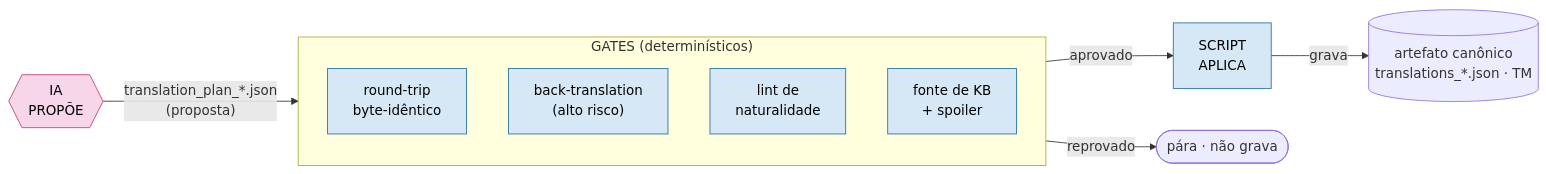
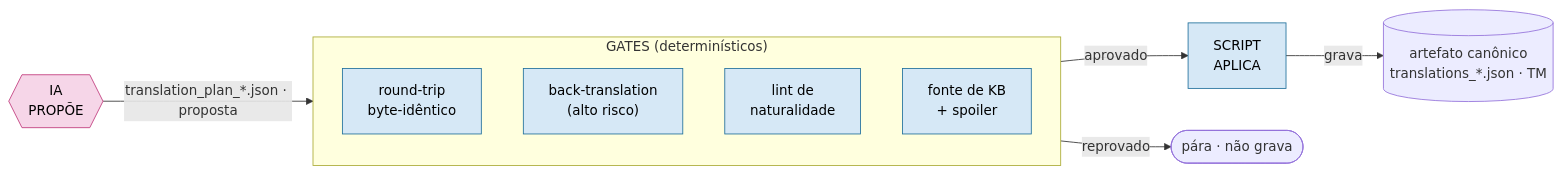
One commit to scudellerlemos/translation-cognition-framework changed the first of 5 diagrams in framework/docs/GOVERNANCE.md. Above: the diagram before and after it, drawn with Mermaid. The commit also changed other lines of this file and 2 other files, not shown here.

First line of the commit message:
fix(docs): conserta diagramas mermaid que quebravam no GitHub

````diff
--- a/framework/docs/GOVERNANCE.md
+++ b/framework/docs/GOVERNANCE.md
@@ -22,18 +22,18 @@
 ```mermaid
 flowchart LR
-  ia{{"IA<br/>PROPÕE"}} -->|"translation_plan_*.json<br/>(proposta)"| gate
+  ia{{"IA<br/>PROPÕE"}} -->|"translation_plan_*.json · proposta"| gate
   subgraph gate["GATES (determinísticos)"]
     direction TB
     g1["round-trip<br/>byte-idêntico"]
     g2["back-translation<br/>(alto risco)"]
     g3["lint de<br/>naturalidade"]
     g4["fonte de KB<br/>+ spoiler"]
   end
   gate -->|aprovado| script["SCRIPT<br/>APLICA"]
   gate -->|reprovado| stop(["pára · não grava"])
   script -->|grava| canon[("artefato canônico<br/>translations_*.json · TM")]
   classDef ia fill:#f6d6e8,stroke:#c0397b,color:#000;
   classDef det fill:#d6e8f6,stroke:#1f6f9b,color:#000;
   class ia ia;
   class g1,g2,g3,g4,script det;
 ```
````
